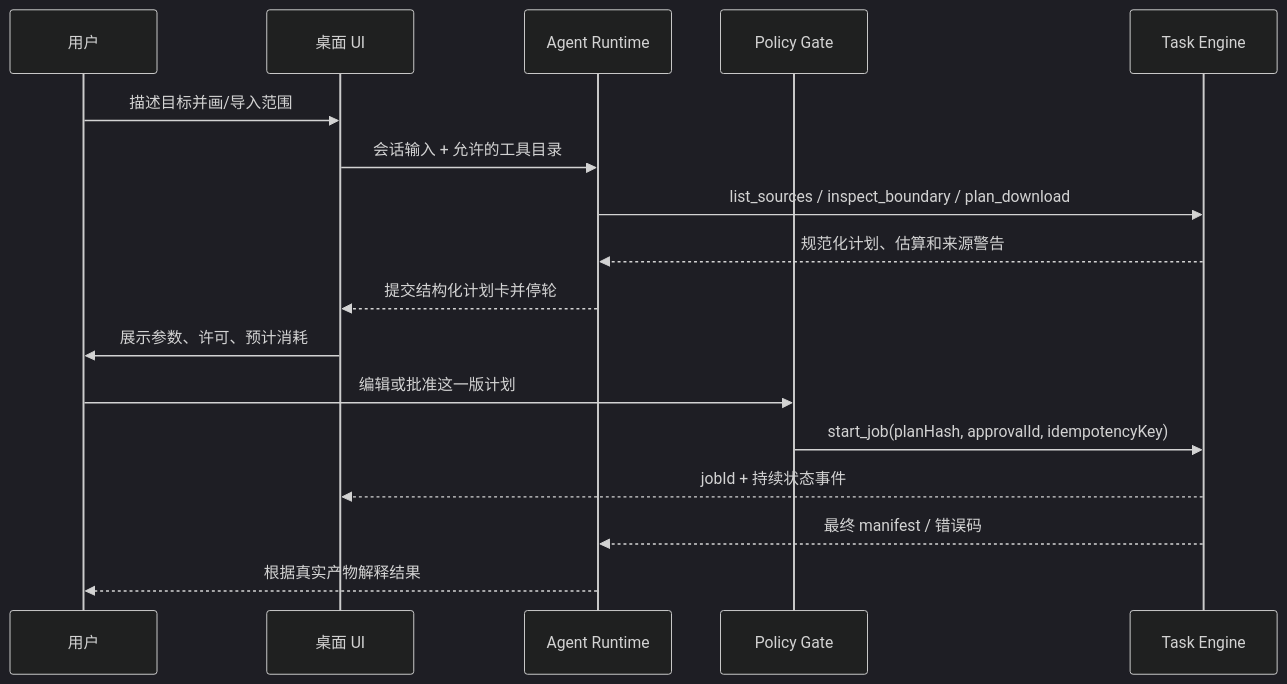
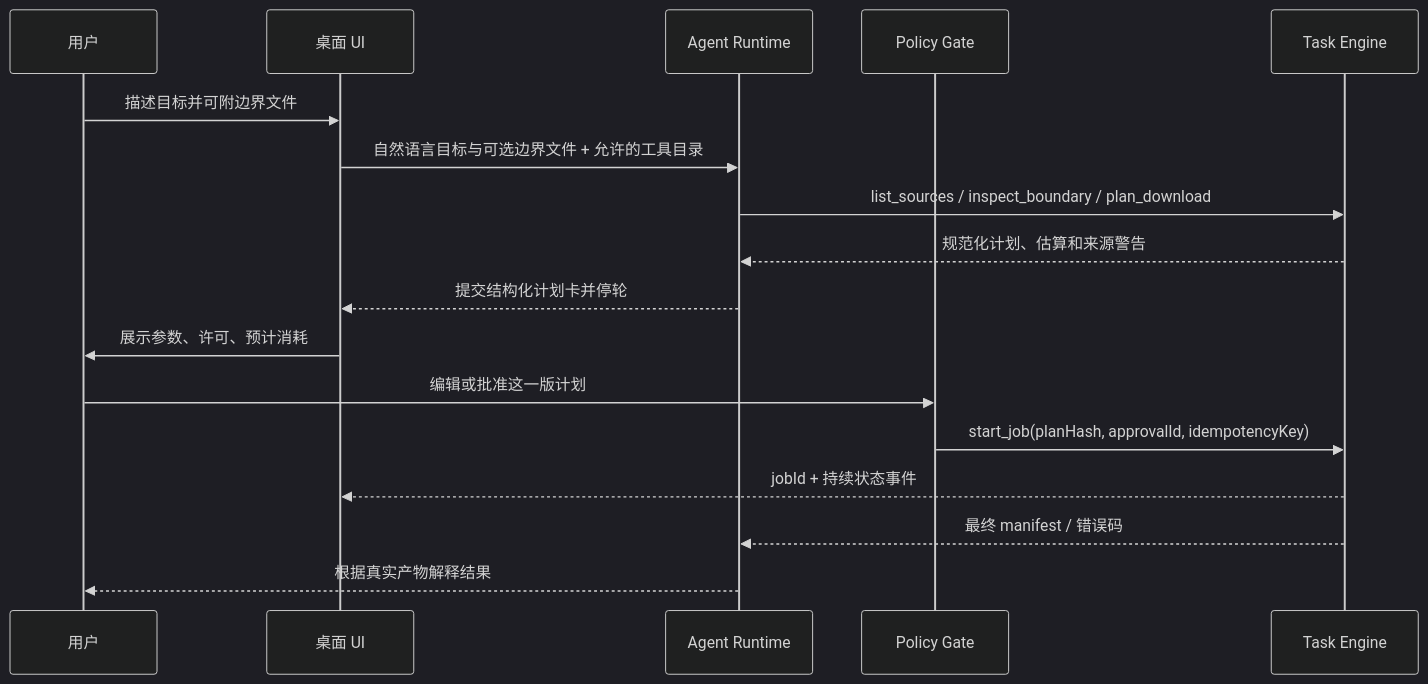
One commit to gaopengbin/geod-agent changed the second of 2 diagrams in docs/design/geod-agent-desktop-technical-architecture.md. Above: the diagram before and after it, drawn with Mermaid (dark theme). The commit also changed other lines of this file and 17 other files, not shown here.

````diff
--- a/docs/design/geod-agent-desktop-technical-architecture.md
+++ b/docs/design/geod-agent-desktop-technical-architecture.md
@@ -94,19 +96,19 @@
 ```mermaid
 sequenceDiagram
     participant User as 用户
     participant UI as 桌面 UI
     participant Agent as Agent Runtime
     participant Gate as Policy Gate
     participant Jobs as Task Engine
-    User->>UI: 描述目标并画/导入范围
-    UI->>Agent: 会话输入 + 允许的工具目录
+    User->>UI: 描述目标并可附边界文件
+    UI->>Agent: 自然语言目标与可选边界文件 + 允许的工具目录
     Agent->>Jobs: list_sources / inspect_boundary / plan_download
     Jobs-->>Agent: 规范化计划、估算和来源警告
     Agent-->>UI: 提交结构化计划卡并停轮
     UI->>User: 展示参数、许可、预计消耗
     User->>Gate: 编辑或批准这一版计划
     Gate->>Jobs: start_job(planHash, approvalId, idempotencyKey)
     Jobs-->>UI: jobId + 持续状态事件
     Jobs-->>Agent: 最终 manifest / 错误码
     Agent-->>User: 根据真实产物解释结果
 ```
````
